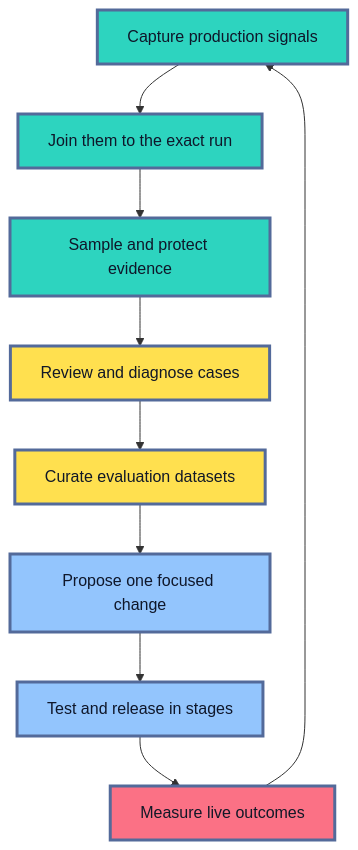
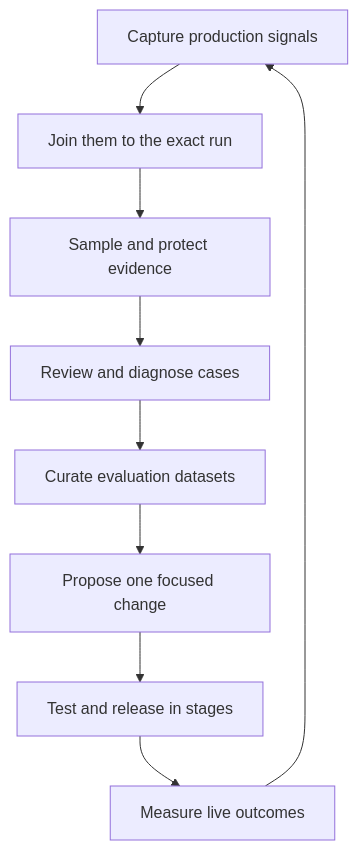
Before and after one commit to senlinyy/dev-roadmaps: the first of 7 diagrams in roadmaps/mlops/modules/llmops/adaptation-and-feedback/02-production-feedback-and-eval-flywheel.md, drawn with Mermaid. The commit also changed other lines of this file and 152 other files, not shown here.

Commit message:
feat: mlops and diagrams updated

````diff
--- a/roadmaps/mlops/modules/llmops/adaptation-and-feedback/02-production-feedback-and-eval-flywheel.md
+++ b/roadmaps/mlops/modules/llmops/adaptation-and-feedback/02-production-feedback-and-eval-flywheel.md
@@ -40,20 +40,16 @@
 ```mermaid
 flowchart TD
     A["Capture production signals"] --> B["Join them to the exact run"]
     B --> C["Sample and protect evidence"]
     C --> D["Review and diagnose cases"]
     D --> E["Curate evaluation datasets"]
     E --> F["Propose one focused change"]
     F --> G["Test and release in stages"]
     G --> H["Measure live outcomes"]
     H --> A
 
-    classDef evidence fill:#2DD4BF,stroke:#536A9A,stroke-width:3px,color:#0F172A
-    classDef judgment fill:#FFE04F,stroke:#536A9A,stroke-width:3px,color:#111827
-    classDef change fill:#93C5FD,stroke:#536A9A,stroke-width:3px,color:#0F172A
-    classDef result fill:#FB7185,stroke:#536A9A,stroke-width:3px,color:#111827
     class A,B,C evidence
     class D,E judgment
     class F,G change
     class H result
 ```
````
